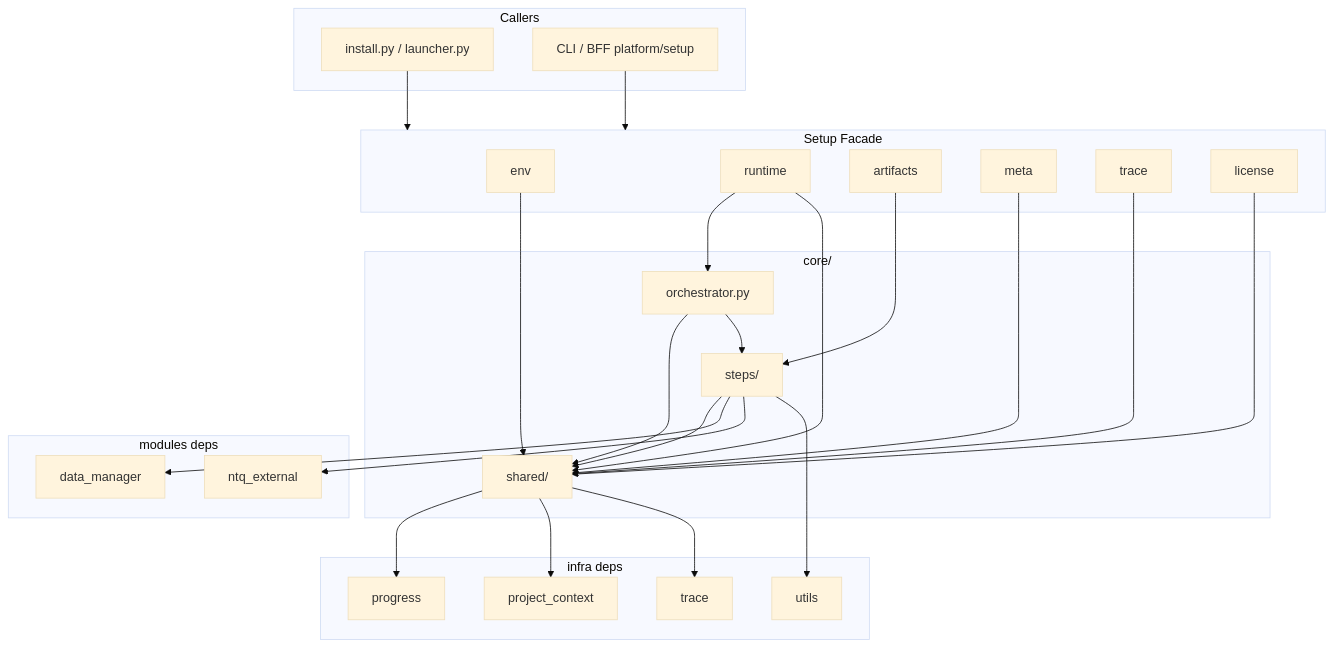
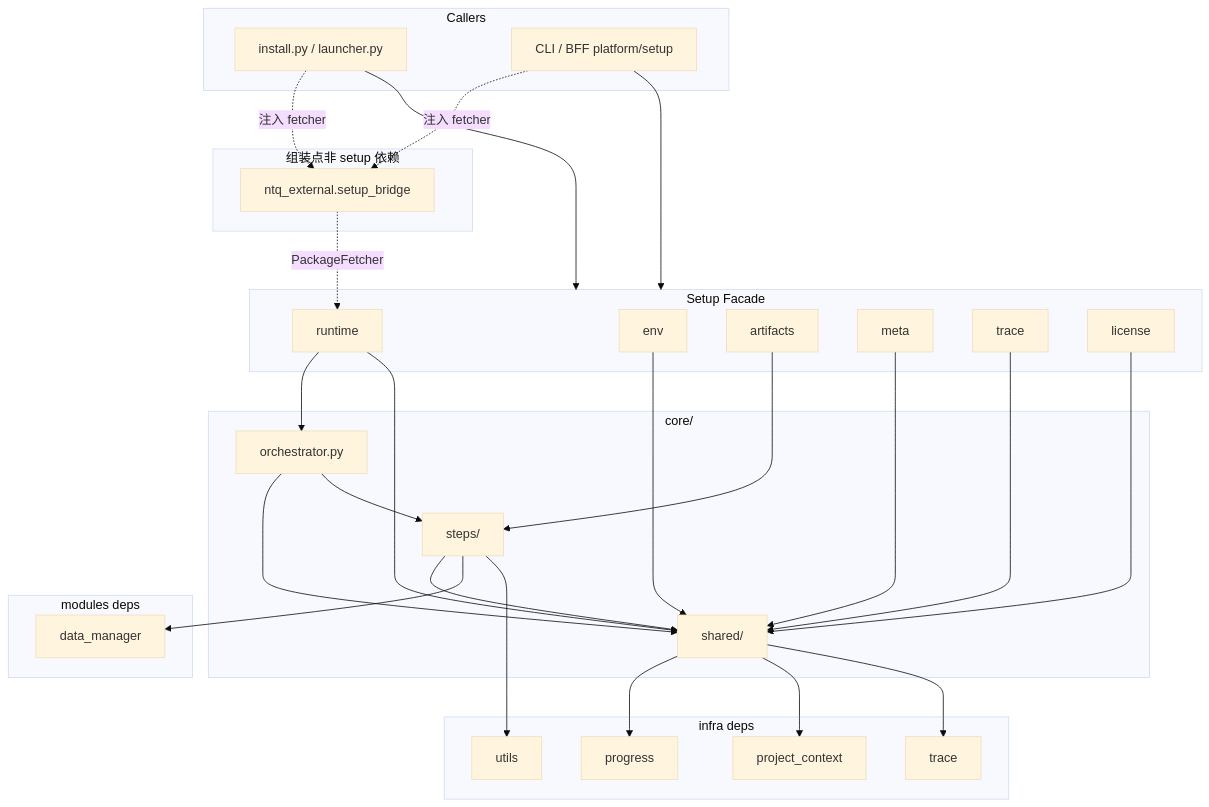
One commit to garnet1985/new-tea-quant changed the diagram in core/infra/setup/docs/ARCHITECTURE.md. Above: the diagram before and after it, drawn with Mermaid (base theme). The commit also changed 74 other files, not shown here.

Commit message:
move out ntq external from setup

````diff
--- a/core/infra/setup/docs/ARCHITECTURE.md
+++ b/core/infra/setup/docs/ARCHITECTURE.md
@@ -43,53 +43,58 @@
 ```mermaid
 flowchart TB
   subgraph callers [Callers]
     InstallPy[install.py / launcher.py]
     CliBff[CLI / BFF platform/setup]
   end
 
   subgraph facade [Setup Facade]
     Env[env]
     Runtime[runtime]
     Artifacts[artifacts]
     Meta[meta]
     Trace[trace]
     License[license]
   end
 
   subgraph core [core/]
     Orch[orchestrator.py]
     Shared[shared/]
     Steps[steps/]
   end
 
   subgraph infra [infra deps]
     PC[project_context]
     Prog[progress]
     Tr[trace]
     Ut[utils]
   end
 
   subgraph modules [modules deps]
     DM[data_manager]
-    Ext[ntq_external]
+  end
+
+  subgraph entry [组装点非 setup 依赖]
+    Ext[ntq_external.setup_bridge]
   end
 
   InstallPy --> facade
   CliBff --> facade
+  InstallPy -.->|注入 fetcher| Ext
+  CliBff -.->|注入 fetcher| Ext
+  Ext -.->|PackageFetcher| Runtime
   Env --> Shared
   Runtime --> Orch
   Runtime --> Shared
   Artifacts --> Steps
   Meta --> Shared
   Trace --> Shared
   License --> Shared
   Orch --> Shared
   Orch --> Steps
   Steps --> Shared
   Shared --> Prog
   Shared --> PC
   Steps --> DM
-  Steps --> Ext
   Shared --> Tr
   Steps --> Ut
 ```
````
